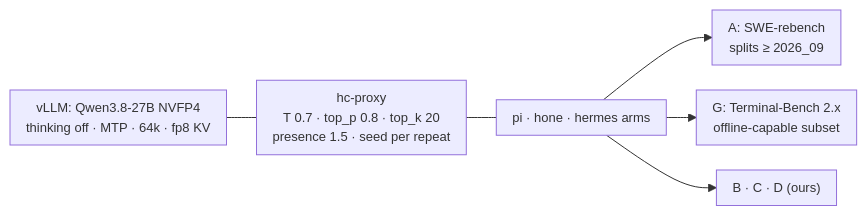
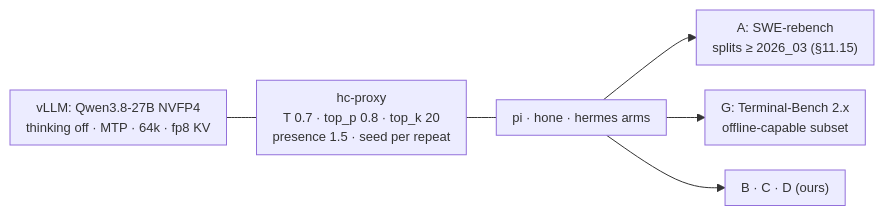
Before and after one commit to wojciechkpl/hone: the third of 5 diagrams in docs/plans/harness-compare-v2-2026-11.md, drawn with Mermaid. The commit also changed other lines of this file and 2 other files, not shown here.

````diff
--- a/docs/plans/harness-compare-v2-2026-11.md
+++ b/docs/plans/harness-compare-v2-2026-11.md
@@ -313,9 +313,9 @@
 ```mermaid
 %%{init: {"themeVariables": {"fontSize": "13px"}, "flowchart": {"nodeSpacing": 25, "rankSpacing": 30, "padding": 8}, "sequence": {"actorMargin": 30, "messageMargin": 25, "boxMargin": 6}, "gantt": {"barHeight": 16, "barGap": 3}}}%%
 flowchart LR
   M["vLLM: Qwen3.8-27B NVFP4<br/>thinking off · MTP · 64k · fp8 KV"] --- PX["hc-proxy<br/>T 0.7 · top_p 0.8 · top_k 20<br/>presence 1.5 · seed per repeat"]
   PX --- ARMS["pi · hone · hermes arms"]
-  ARMS --> A["A: SWE-rebench<br/>splits ≥ 2026_09"]
+  ARMS --> A["A: SWE-rebench<br/>splits ≥ 2026_03 (§11.15)"]
   ARMS --> G["G: Terminal-Bench 2.x<br/>offline-capable subset"]
   ARMS --> BCD["B · C · D (ours)"]
 ```
````
